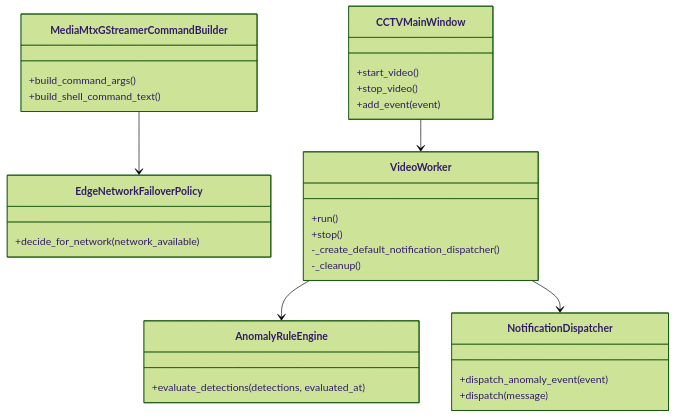
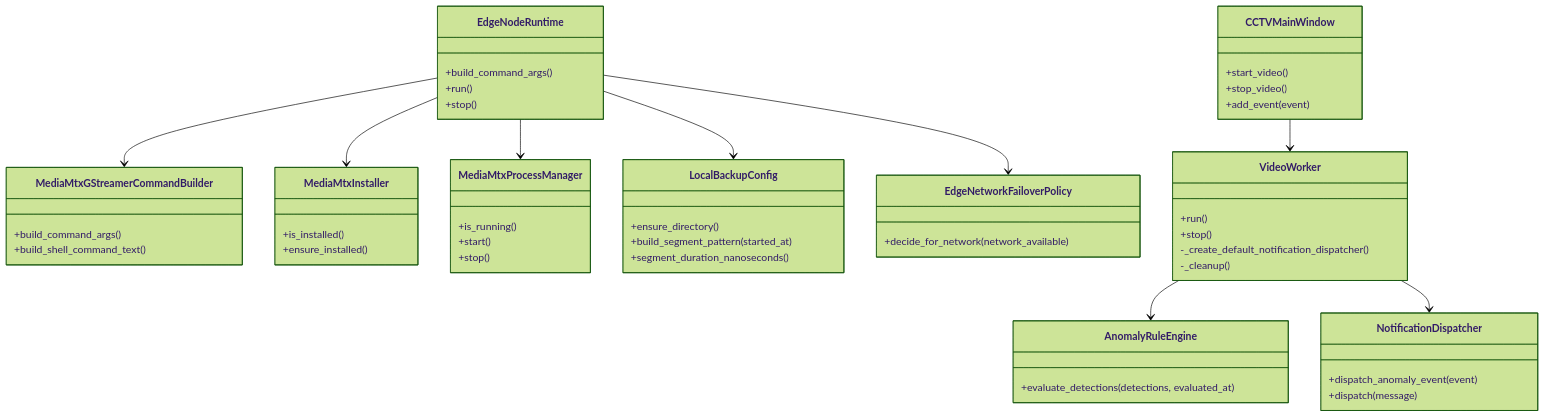
Before and after one commit to taegyu-heo-bigstar/AI_CCTV: the second of 2 diagrams in inst/flow.md, drawn with Mermaid (forest theme). The commit also changed other lines of this file and 12 other files, not shown here.

Commit message:
Move edge streaming runtime into Python

````diff
--- a/inst/flow.md
+++ b/inst/flow.md
@@ -62,38 +69,65 @@
 ```mermaid
 classDiagram
     class MediaMtxGStreamerCommandBuilder {
         +build_command_args()
         +build_shell_command_text()
+    }
+
+    class EdgeNodeRuntime {
+        +build_command_args()
+        +run()
+        +stop()
+    }
+
+    class MediaMtxInstaller {
+        +is_installed()
+        +ensure_installed()
+    }
+
+    class MediaMtxProcessManager {
+        +is_running()
+        +start()
+        +stop()
+    }
+
+    class LocalBackupConfig {
+        +ensure_directory()
+        +build_segment_pattern(started_at)
+        +segment_duration_nanoseconds()
     }
 
     class EdgeNetworkFailoverPolicy {
         +decide_for_network(network_available)
     }
 
     class CCTVMainWindow {
         +start_video()
         +stop_video()
         +add_event(event)
     }
 
     class VideoWorker {
         +run()
         +stop()
         -_create_default_notification_dispatcher()
         -_cleanup()
     }
 
     class AnomalyRuleEngine {
         +evaluate_detections(detections, evaluated_at)
     }
 
     class NotificationDispatcher {
         +dispatch_anomaly_event(event)
         +dispatch(message)
     }
 
-    MediaMtxGStreamerCommandBuilder --> EdgeNetworkFailoverPolicy
+    EdgeNodeRuntime --> MediaMtxInstaller
+    EdgeNodeRuntime --> MediaMtxProcessManager
+    EdgeNodeRuntime --> LocalBackupConfig
+    EdgeNodeRuntime --> MediaMtxGStreamerCommandBuilder
+    EdgeNodeRuntime --> EdgeNetworkFailoverPolicy
     CCTVMainWindow --> VideoWorker
     VideoWorker --> AnomalyRuleEngine
     VideoWorker --> NotificationDispatcher
 ```
````
